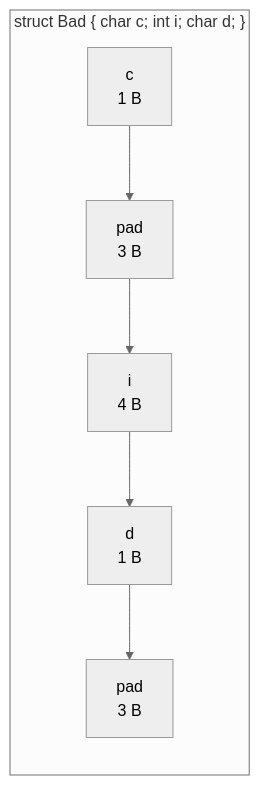
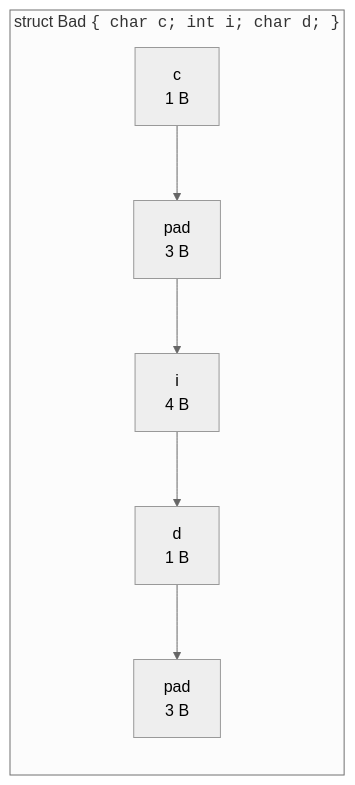
Before and after one commit to dataslope/dataslope: the diagram in content/learn/systems-programming-c/structs-and-unions.mdx, drawn with Mermaid (neutral theme). The commit also changed 100 other files, not shown here.

First line of the commit message:
Wrap more code in diagram labels: filenames, hex, assignments, subgraph titles

````diff
--- a/content/learn/systems-programming-c/structs-and-unions.mdx
+++ b/content/learn/systems-programming-c/structs-and-unions.mdx
@@ -75,6 +75,6 @@
 ```mermaid
 flowchart LR
-    subgraph bad["struct Bad { char c; int i; char d; }"]
+    subgraph bad["struct Bad <code>{ char c; int i; char d; }</code>"]
         b0["c<br/>1 B"] --> b1["pad<br/>3 B"] --> b2["i<br/>4 B"] --> b3["d<br/>1 B"] --> b4["pad<br/>3 B"]
     end
 ```
````
